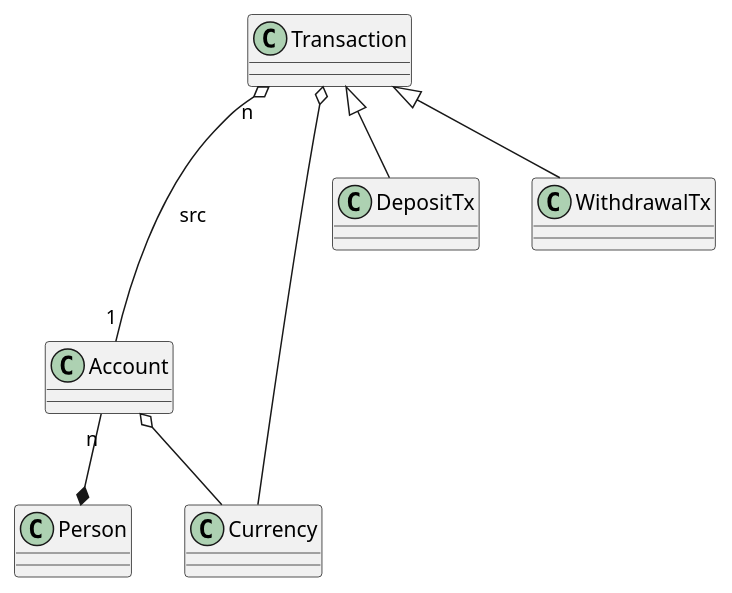
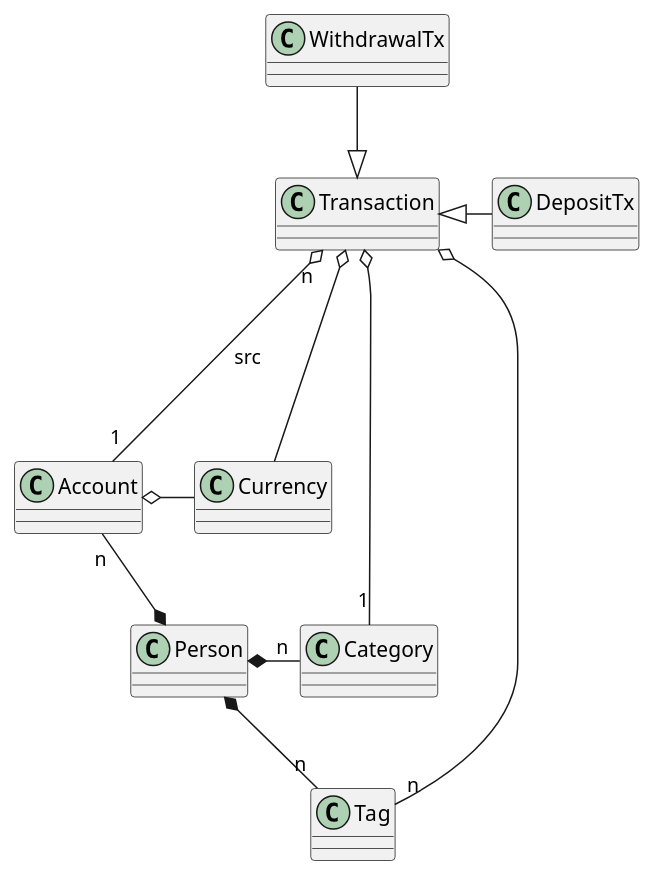
One commit to typeundefined/home-budget-amm2018 changed the diagram in doc/classes.puml. Above: the diagram before and after it, drawn with PlantUML.

Commit message:
Updated class diagram

```diff
--- a/doc/classes.puml
+++ b/doc/classes.puml
@@ -1,13 +1,18 @@
 @startuml
 skinparam defaultFontName Ubuntu
 
-Account o-- Currency
+Account o-right- Currency
 Transaction o-- Currency
+Transaction o-- "1" Category
+Transaction o-- "n" Tag
 
-Transaction <|-- DepositTx
-Transaction <|-- WithdrawalTx
+Transaction <|-right- DepositTx
+Transaction <|-up- WithdrawalTx
 
 Transaction "n" o--- "1" Account: src
 
 Person *-up- "n" Account
+Person *-right-- "n" Category
+Person *-- "n" Tag
+
 @enduml
```
